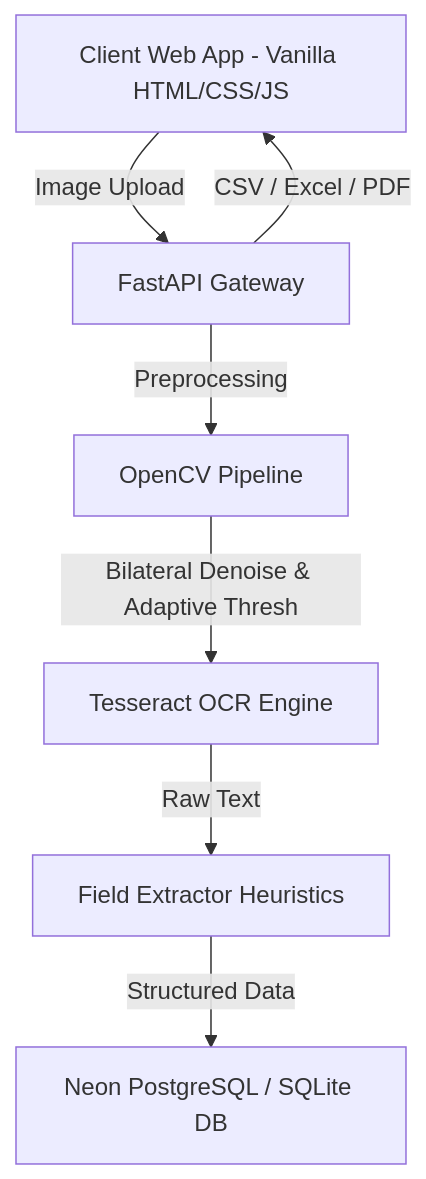
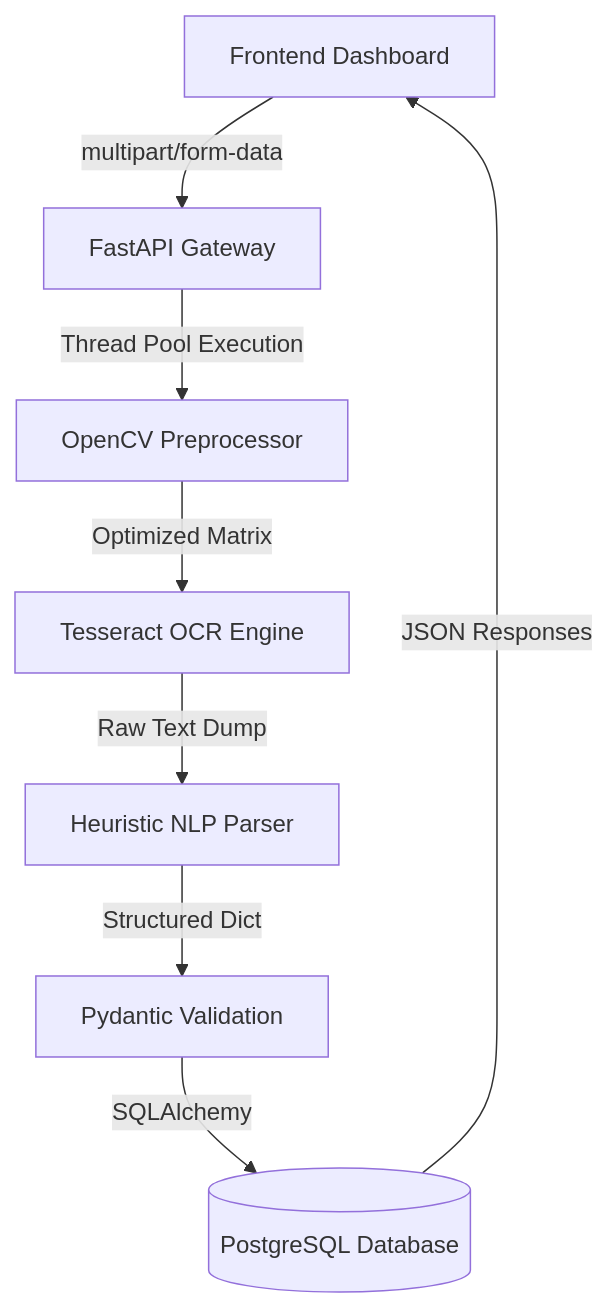
One commit to Ashwin15-png/prescription-extractor-ocr changed the diagram in README.md. Above: the diagram before and after it, drawn with Mermaid. The commit also changed other lines of this file, not shown here.

````diff
--- a/README.md
+++ b/README.md
@@ -30,9 +86,10 @@
 ```mermaid
 graph TD
-    A[Client Web App - Vanilla HTML/CSS/JS] -->|Image Upload| B[FastAPI Gateway]
-    B -->|Preprocessing| C[OpenCV Pipeline]
-    C -->|Bilateral Denoise & Adaptive Thresh| D[Tesseract OCR Engine]
-    D -->|Raw Text| E[Field Extractor Heuristics]
-    E -->|Structured Data| F[Neon PostgreSQL / SQLite DB]
-    B -->|CSV / Excel / PDF| A
+    UI[Frontend Dashboard] -->|multipart/form-data| API[FastAPI Gateway]
+    API -->|Thread Pool Execution| CV[OpenCV Preprocessor]
+    CV -->|Optimized Matrix| TESS[Tesseract OCR Engine]
+    TESS -->|Raw Text Dump| REGEX[Heuristic NLP Parser]
+    REGEX -->|Structured Dict| MAP[Pydantic Validation]
+    MAP -->|SQLAlchemy| DB[(PostgreSQL Database)]
+    DB -->|JSON Responses| UI
 ```
````
